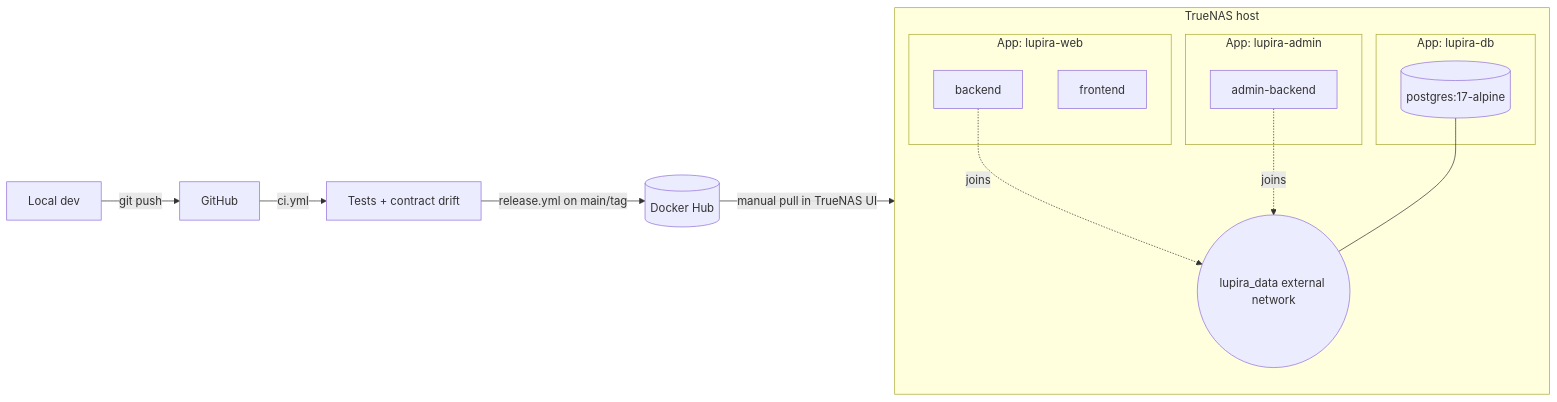
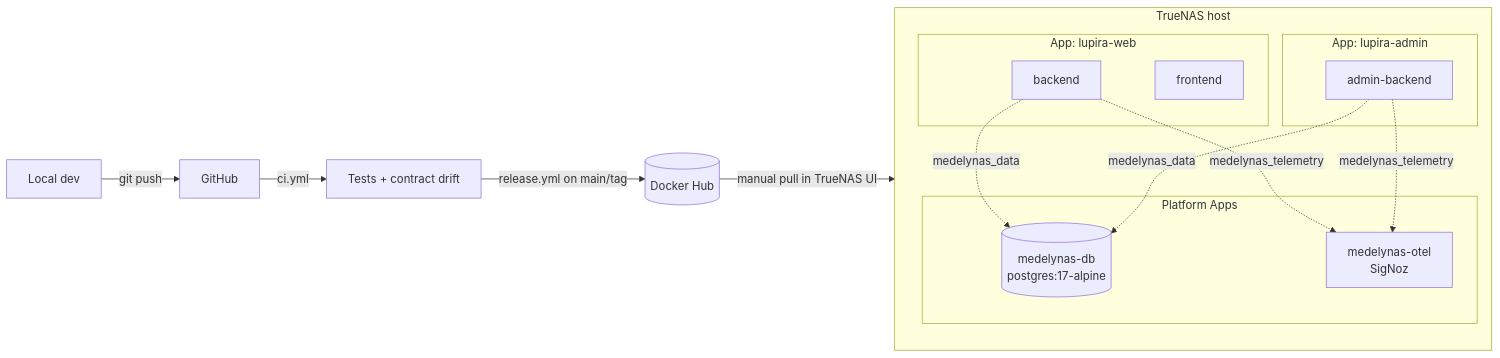
Before and after one commit to danbro96/LupiraWeb: the diagram in docs/CICD.md, drawn with Mermaid. The commit also changed other lines of this file and 11 other files, not shown here.

````diff
--- a/docs/CICD.md
+++ b/docs/CICD.md
@@ -7,23 +7,25 @@
 ```mermaid
 flowchart LR
   dev[Local dev] -->|git push| gh[GitHub]
   gh -->|ci.yml| tests[Tests + contract drift]
   tests -->|release.yml on main/tag| dh[(Docker Hub)]
   dh -->|manual pull in TrueNAS UI| nas[TrueNAS 25.10.1]
 
   subgraph nas[TrueNAS host]
-    subgraph db_app[App: lupira-db]
-      pg[(postgres:17-alpine)]
+    subgraph platform[Platform Apps]
+      pg[(medelynas-db<br/>postgres:17-alpine)]
+      otel[medelynas-otel<br/>SigNoz]
     end
     subgraph web_app[App: lupira-web]
       be[backend]
       fe[frontend]
     end
     subgraph admin_app[App: lupira-admin]
       adminbe[admin-backend]
     end
-    be -.joins.-> netdata
-    adminbe -.joins.-> netdata
-    pg --- netdata((lupira_data external network))
+    be -.medelynas_data.-> pg
+    adminbe -.medelynas_data.-> pg
+    be -.medelynas_telemetry.-> otel
+    adminbe -.medelynas_telemetry.-> otel
   end
 ```
````
